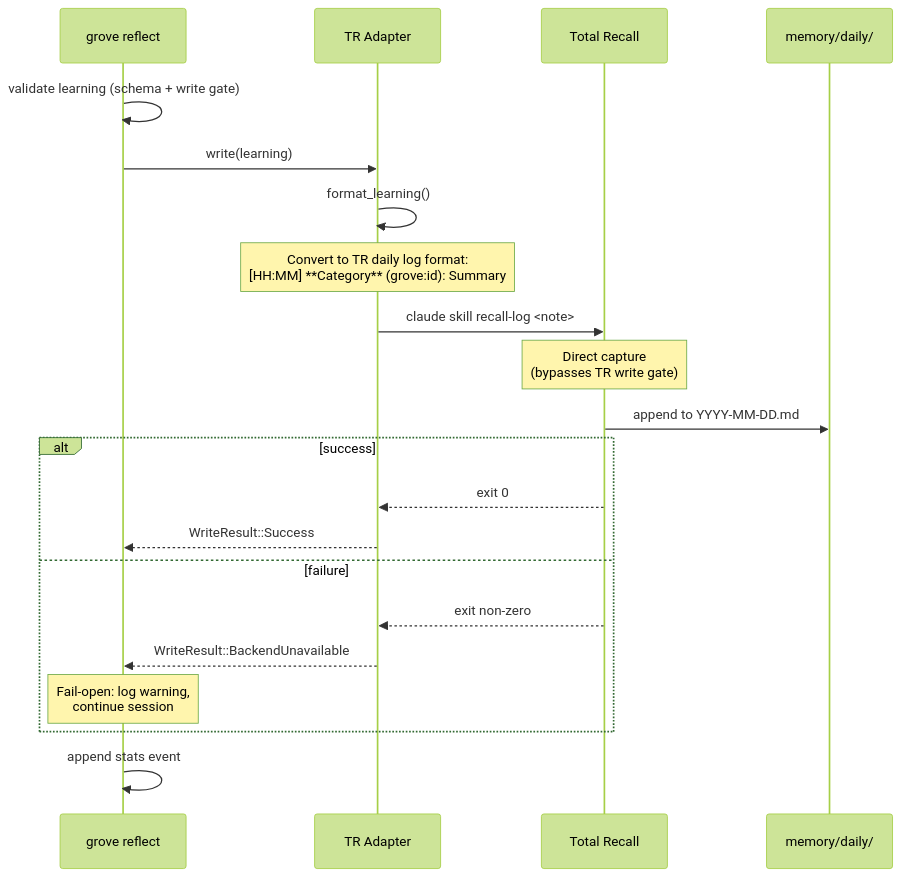
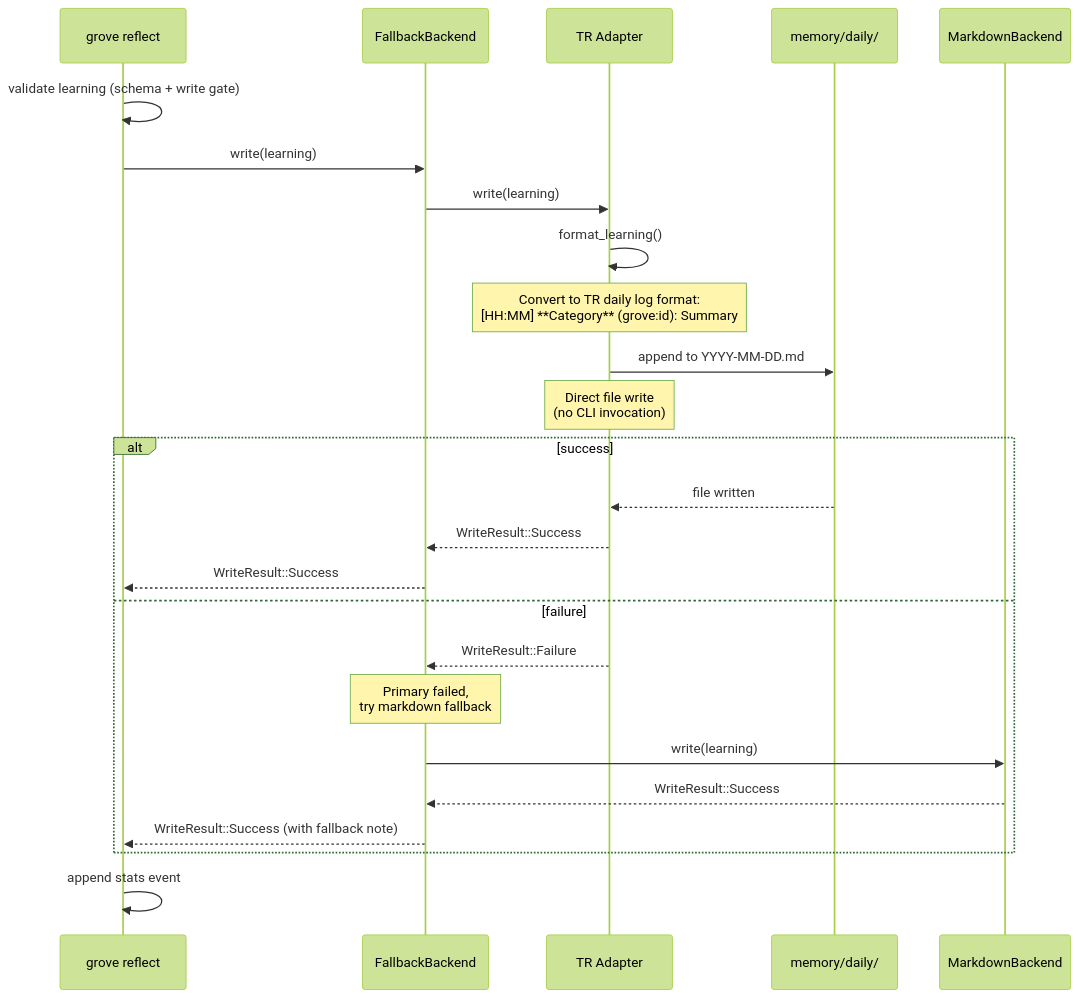
Diagram 13 of 14 in design/01-architecture.md (bivory/grove), drawn with Mermaid (forest theme) before and after one commit. The commit also changed other lines of this file and 4 other files, not shown here.

First line of the commit message:
fix: use direct file writes for Total Recall backend

````diff
--- a/design/01-architecture.md
+++ b/design/01-architecture.md
@@ -803,29 +816,32 @@
 ```mermaid
 sequenceDiagram
     participant Grove as grove reflect
-    participant Adapter as TR Adapter
-    participant TR as Total Recall
+    participant Fallback as FallbackBackend
+    participant TR as TR Adapter
     participant Daily as memory/daily/
+    participant MD as MarkdownBackend
 
     Grove->>Grove: validate learning (schema + write gate)
-    Grove->>Adapter: write(learning)
+    Grove->>Fallback: write(learning)
 
-    Adapter->>Adapter: format_learning()
-    Note over Adapter: Convert to TR daily log format:<br/>[HH:MM] **Category** (grove:id): Summary
-
-    Adapter->>TR: claude skill recall-log <note>
-    Note over TR: Direct capture<br/>(bypasses TR write gate)
+    Fallback->>TR: write(learning)
+    TR->>TR: format_learning()
+    Note over TR: Convert to TR daily log format:<br/>[HH:MM] **Category** (grove:id): Summary
 
     TR->>Daily: append to YYYY-MM-DD.md
+    Note over TR: Direct file write<br/>(no CLI invocation)
 
     alt success
-        TR-->>Adapter: exit 0
-        Adapter-->>Grove: WriteResult::Success
+        Daily-->>TR: file written
+        TR-->>Fallback: WriteResult::Success
+        Fallback-->>Grove: WriteResult::Success
     else failure
-        TR-->>Adapter: exit non-zero
-        Adapter-->>Grove: WriteResult::BackendUnavailable
-        Note over Grove: Fail-open: log warning,<br/>continue session
+        TR-->>Fallback: WriteResult::Failure
+        Note over Fallback: Primary failed,<br/>try markdown fallback
+        Fallback->>MD: write(learning)
+        MD-->>Fallback: WriteResult::Success
+        Fallback-->>Grove: WriteResult::Success (with fallback note)
     end
 
     Grove->>Grove: append stats event
 ```
````
